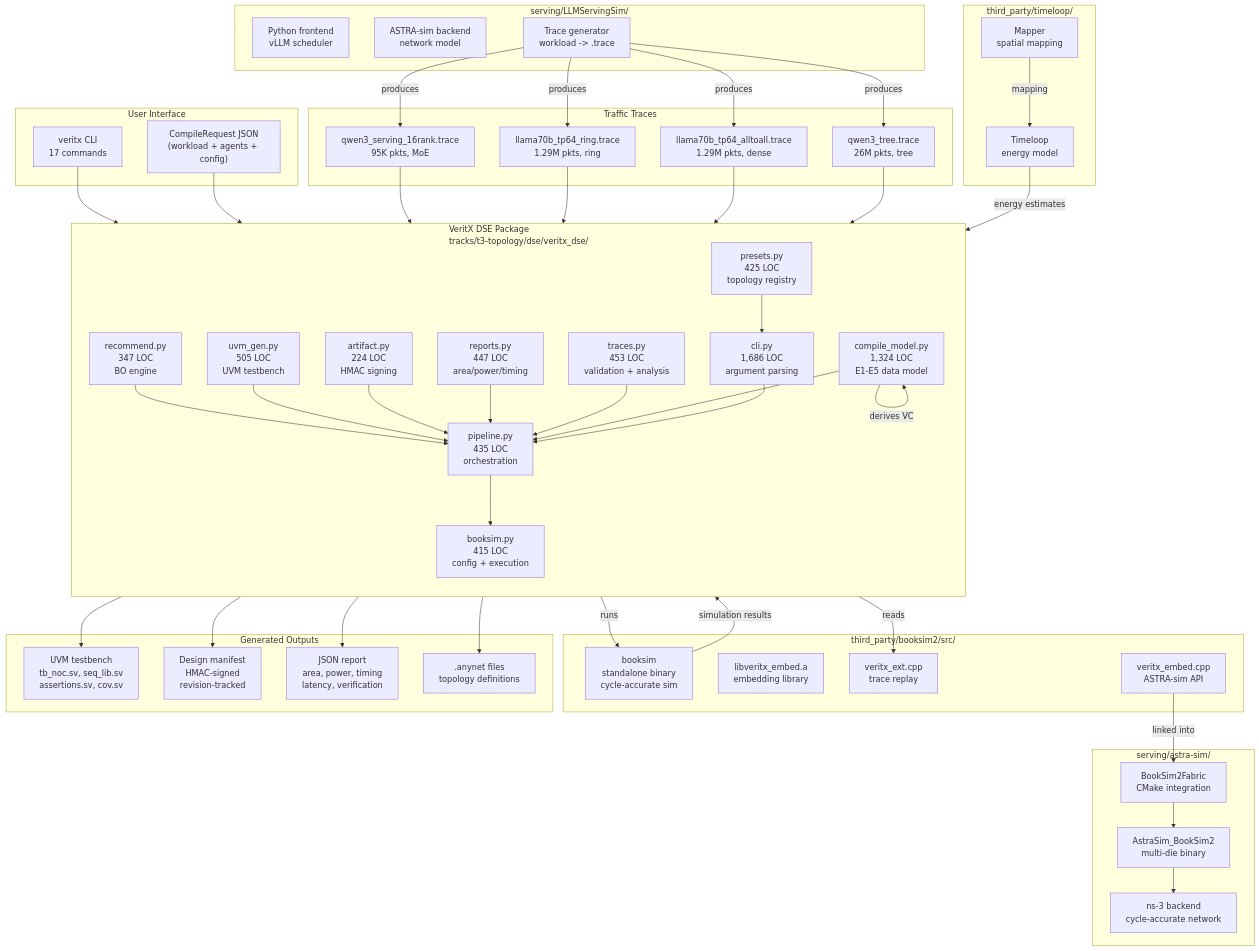
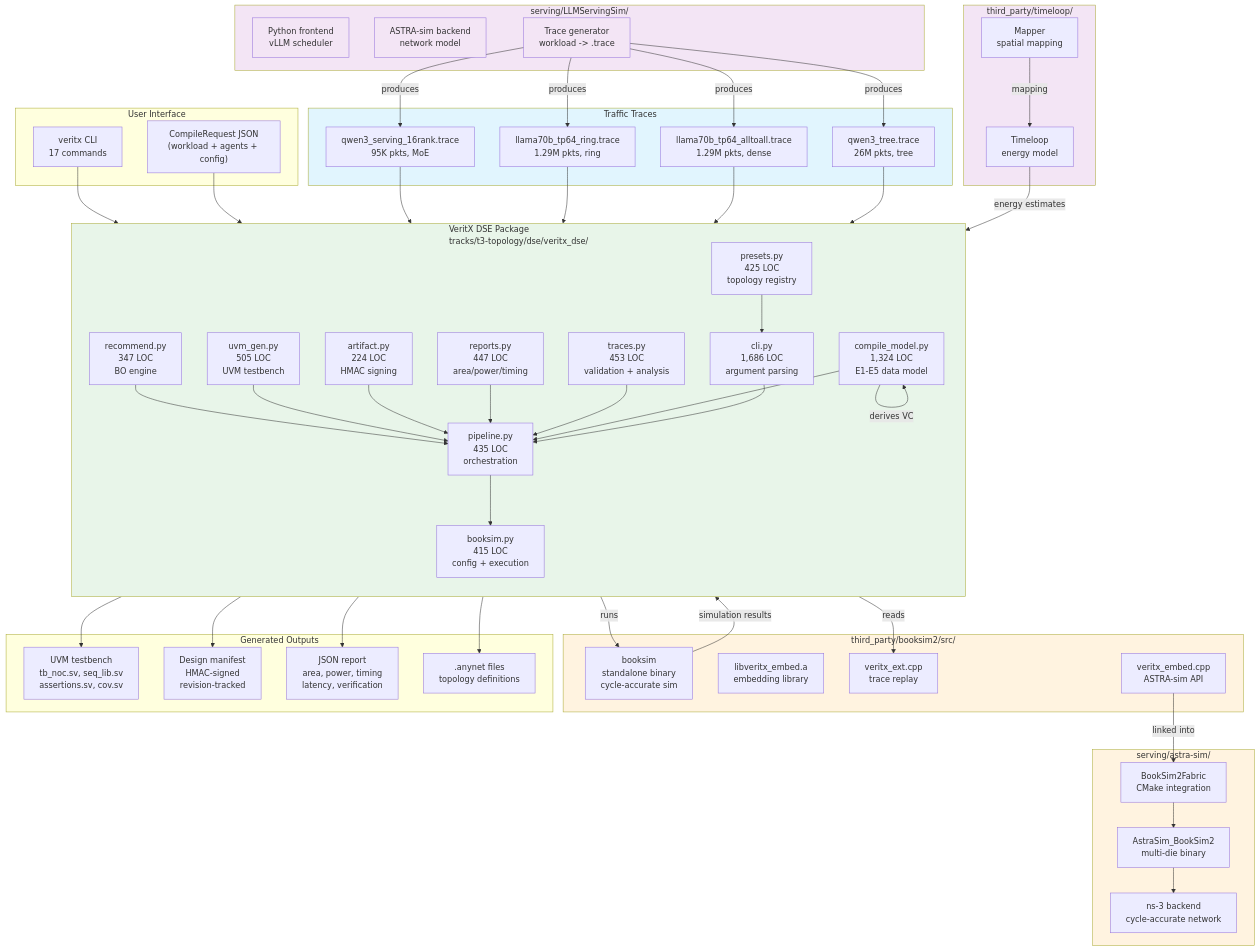
The sixth of 17 diagrams in tracks/t3-topology/dse/README.md (Anmol-S314/veritx-research), drawn with Mermaid before and after one commit. The commit also changed other lines of this file and 1 other file, not shown here.

First line of the commit message:
docs: color-code all 22 Mermaid diagrams with consistent scheme

````diff
--- a/tracks/t3-topology/dse/README.md
+++ b/tracks/t3-topology/dse/README.md
@@ -1098,4 +1110,13 @@
     V3 --> O2
     V3 --> O3
     V9 --> O4
+    style ASTRA fill:#fff3e0
+    style BookSim fill:#fff3e0
+    style L1 fill:#f3e5f5
+    style L2 fill:#f3e5f5
+    style L3 fill:#f3e5f5
+    style LLM fill:#f3e5f5
+    style Timeloop fill:#f3e5f5
+    style Traces fill:#e1f5fe
+    style VeritX fill:#e8f5e9
 ```
````
